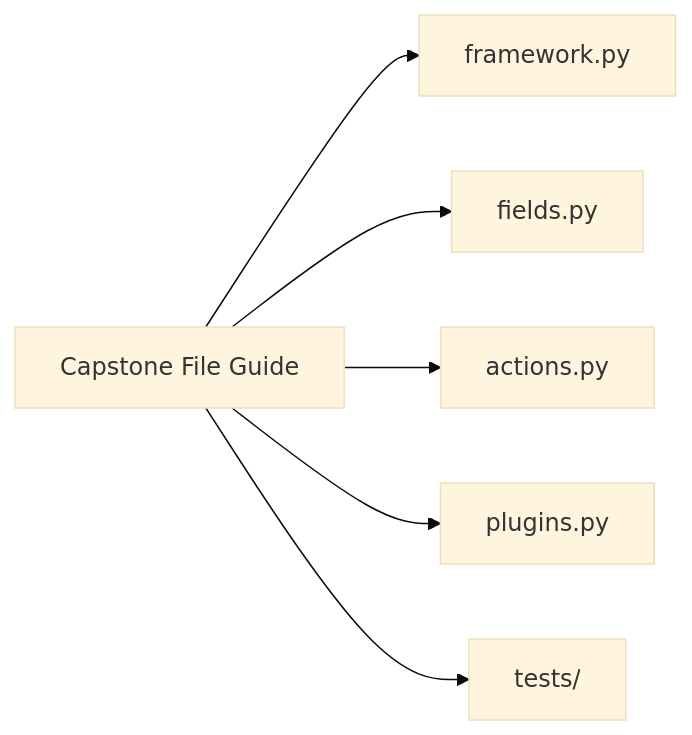
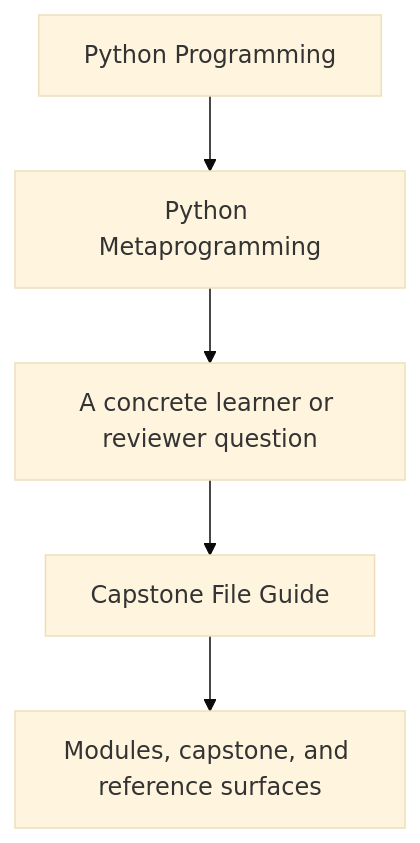
Before and after one commit to bijux/bijux-masterclass: the first of 2 diagrams in programs/python-programming/python-meta-programming/course-book/guides/capstone-file-guide.md, drawn with Mermaid (base theme). The commit also changed other lines of this file and 15 other files, not shown here.

Commit message:
docs(python-meta-programming): sharpen guide and reference diagrams

````diff
--- a/programs/python-programming/python-meta-programming/course-book/guides/capstone-file-guide.md
+++ b/programs/python-programming/python-meta-programming/course-book/guides/capstone-file-guide.md
@@ -6,15 +6,7 @@
 ```mermaid
-graph LR
-  guide["Capstone File Guide"]
-  framework["framework.py"]
-  fields["fields.py"]
-  actions["actions.py"]
-  plugins["plugins.py"]
-  tests["tests/"]
-
-  guide --> framework
-  guide --> fields
-  guide --> actions
-  guide --> plugins
-  guide --> tests
+flowchart TD
+  family["Python Programming"] --> program["Python Metaprogramming"]
+  program --> pressure["A concrete learner or reviewer question"]
+  pressure --> guide["Capstone File Guide"]
+  guide --> next["Modules, capstone, and reference surfaces"]
 ```
````
